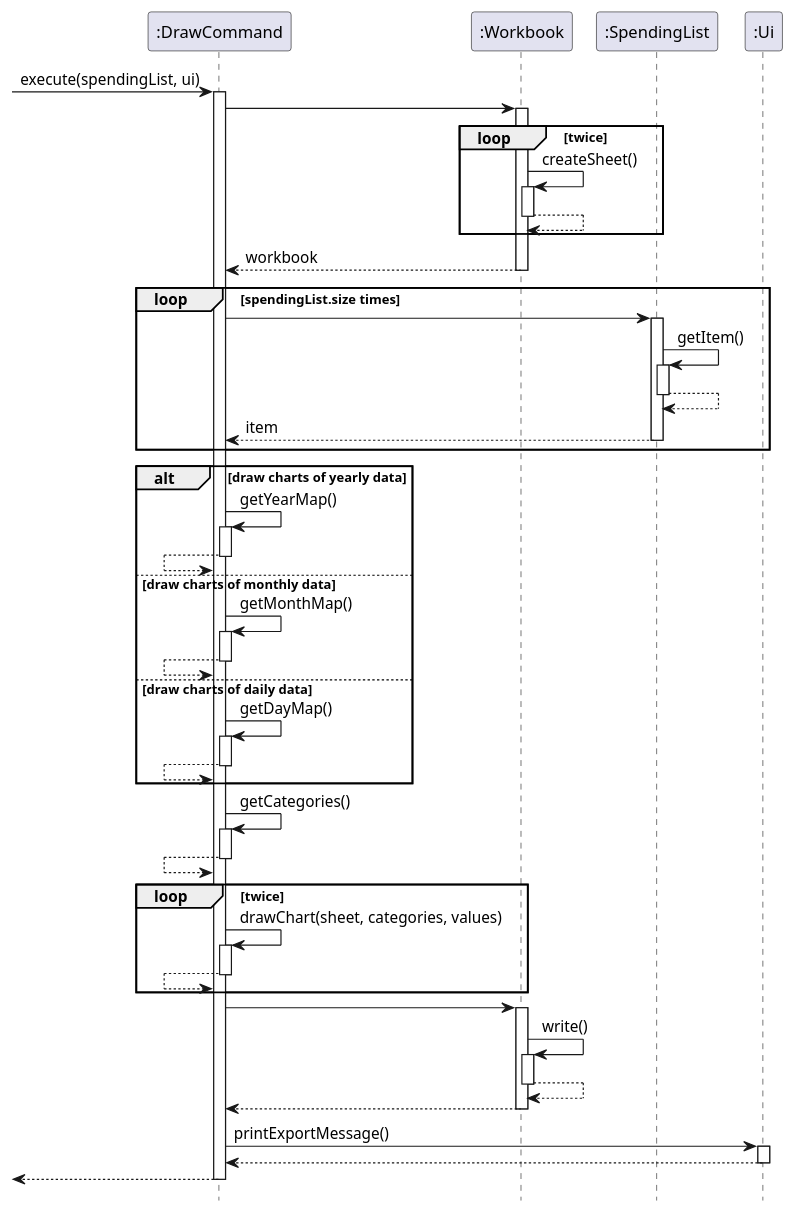
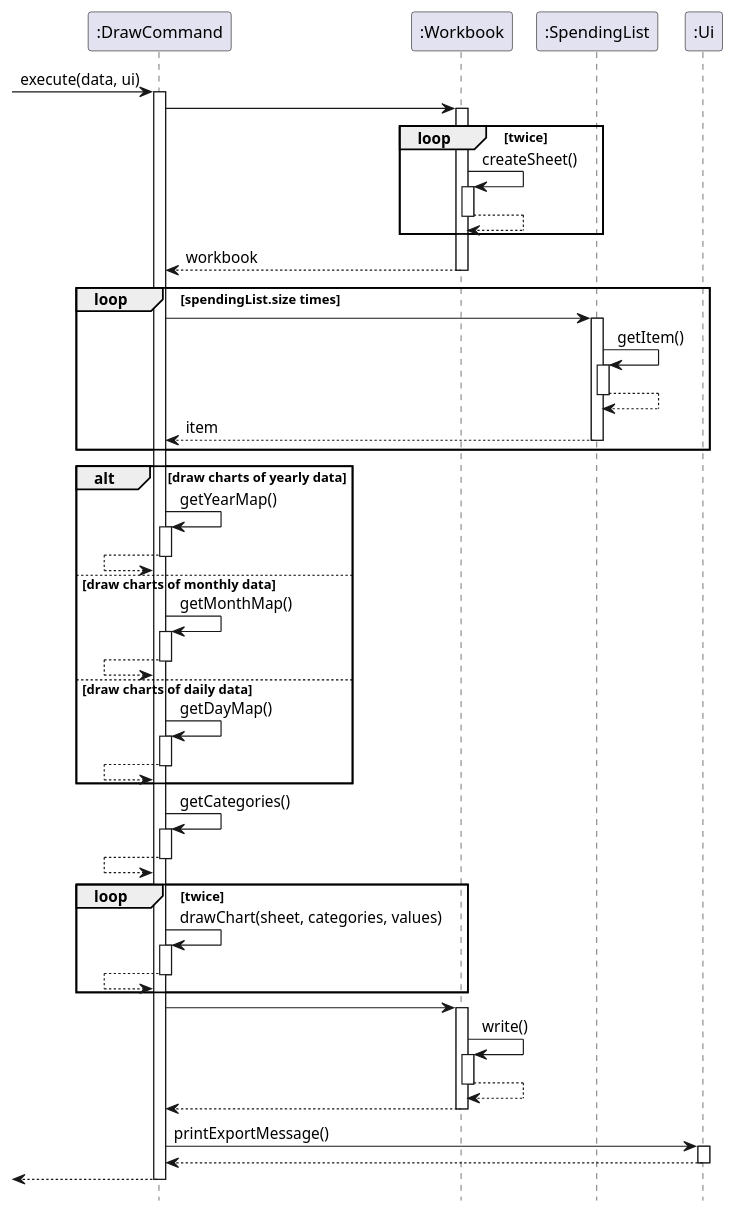
One commit to xieyaoyue/tp changed the diagram in src/uml/sequence diagrams/DrawCommand.puml. Above: the diagram before and after it, drawn with PlantUML. The commit also changed 35 other files, not shown here.

```diff
--- a/src/uml/sequence diagrams/DrawCommand.puml
+++ b/src/uml/sequence diagrams/DrawCommand.puml
@@ -1,80 +1,80 @@
 @startuml
 
 hide footbox
 
-->":DrawCommand":execute(spendingList, ui)
+->":DrawCommand":execute(data, ui)
 activate ":DrawCommand"
 ":DrawCommand" -> ":Workbook"
 activate ":Workbook"
 loop twice
 ":Workbook" -> ":Workbook" : createSheet()
 activate ":Workbook"
 ":Workbook" --> ":Workbook"
 deactivate ":Workbook"
 end
 ":Workbook" --> ":DrawCommand" : workbook
 deactivate ":Workbook"
 
 loop spendingList.size times
 
 
 ":DrawCommand" -> ":SpendingList"
 activate ":SpendingList"
 ":SpendingList" -> ":SpendingList" : getItem()
 activate ":SpendingList"
 ":SpendingList" --> ":SpendingList"
 deactivate ":SpendingList"
 ":SpendingList" --> ":DrawCommand" : item
 deactivate ":SpendingList"
 
 end
 
 alt draw charts of yearly data
 
 ":DrawCommand" -> ":DrawCommand" : getYearMap()
 activate ":DrawCommand"
 ":DrawCommand" <-- ":DrawCommand"
 deactivate ":DrawCommand"
 
 else draw charts of monthly data
 
 ":DrawCommand" -> ":DrawCommand" : getMonthMap()
 activate ":DrawCommand"
 ":DrawCommand" <-- ":DrawCommand"
 deactivate ":DrawCommand"
 
 else draw charts of daily data
 
 ":DrawCommand" -> ":DrawCommand" : getDayMap()
 activate ":DrawCommand"
 ":DrawCommand" <-- ":DrawCommand"
 deactivate ":DrawCommand"
 
 end
 
 ":DrawCommand" -> ":DrawCommand" : getCategories()
 activate ":DrawCommand"
 ":DrawCommand" <-- ":DrawCommand"
 deactivate ":DrawCommand"
 
 loop twice
 ":DrawCommand" -> ":DrawCommand" : drawChart(sheet, categories, values)
 activate ":DrawCommand"
 ":DrawCommand" <-- ":DrawCommand"
 deactivate ":DrawCommand"
 end
 ":DrawCommand" -> ":Workbook"
 activate ":Workbook"
 ":Workbook" -> ":Workbook" : write()
 activate ":Workbook"
 ":Workbook" --> ":Workbook"
 deactivate ":Workbook"
 ":Workbook" --> ":DrawCommand"
 deactivate ":Workbook"
 ":DrawCommand" -> ":Ui": printExportMessage()
 activate ":Ui"
 ":Ui"-->":DrawCommand":
 deactivate ":Ui"
 <--":DrawCommand"
 deactivate ":DrawCommand"
 @enduml
```
